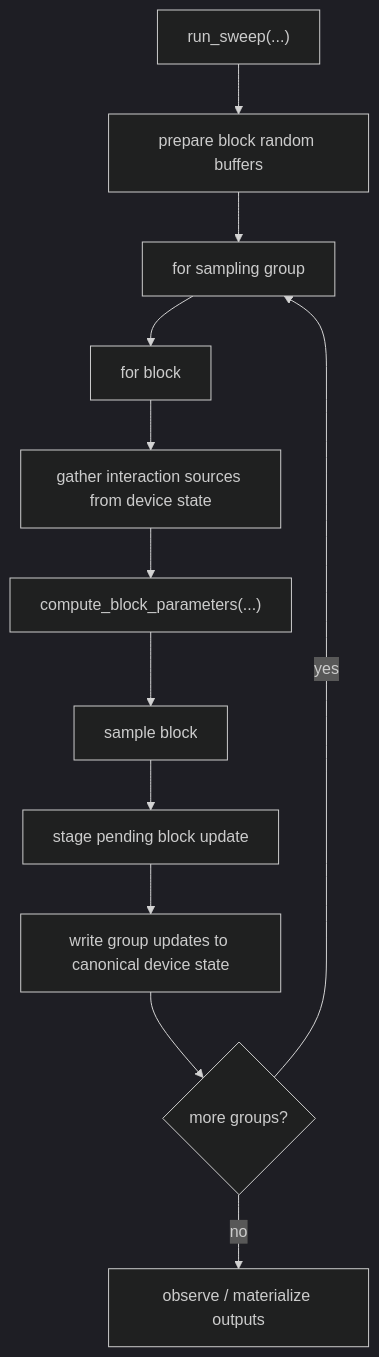
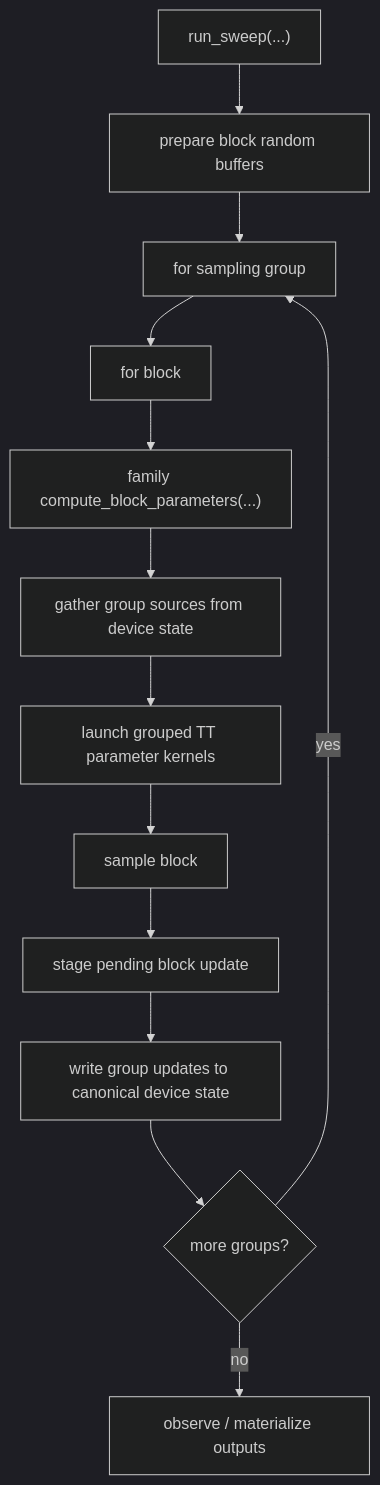
Before and after one commit to Specter-Research-Labs/tt-thrml: the second of 2 diagrams in docs/tt-thrml-internals.md, drawn with Mermaid (dark theme). The commit also changed other lines of this file and 12 other files, not shown here.

````diff
--- a/docs/tt-thrml-internals.md
+++ b/docs/tt-thrml-internals.md
@@ -30,14 +30,15 @@
 ```mermaid
 flowchart TD
     A["run_sweep(...)"] --> B["prepare block random buffers"]
     B --> C["for sampling group"]
     C --> D["for block"]
-    D --> E["gather interaction sources from device state"]
-    E --> F["compute_block_parameters(...)"]
-    F --> G["sample block"]
-    G --> H["stage pending block update"]
-    H --> I["write group updates to canonical device state"]
-    I --> J{"more groups?"}
-    J -->|yes| C
-    J -->|no| K["observe / materialize outputs"]
+    D --> E["family compute_block_parameters(...)"]
+    E --> F["gather group sources from device state"]
+    F --> G["launch grouped TT parameter kernels"]
+    G --> H["sample block"]
+    H --> I["stage pending block update"]
+    I --> J["write group updates to canonical device state"]
+    J --> K{"more groups?"}
+    K -->|yes| C
+    K -->|no| L["observe / materialize outputs"]
 ```
````
